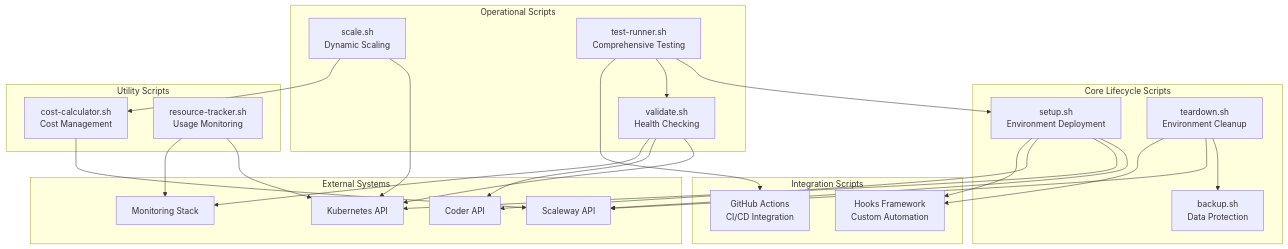
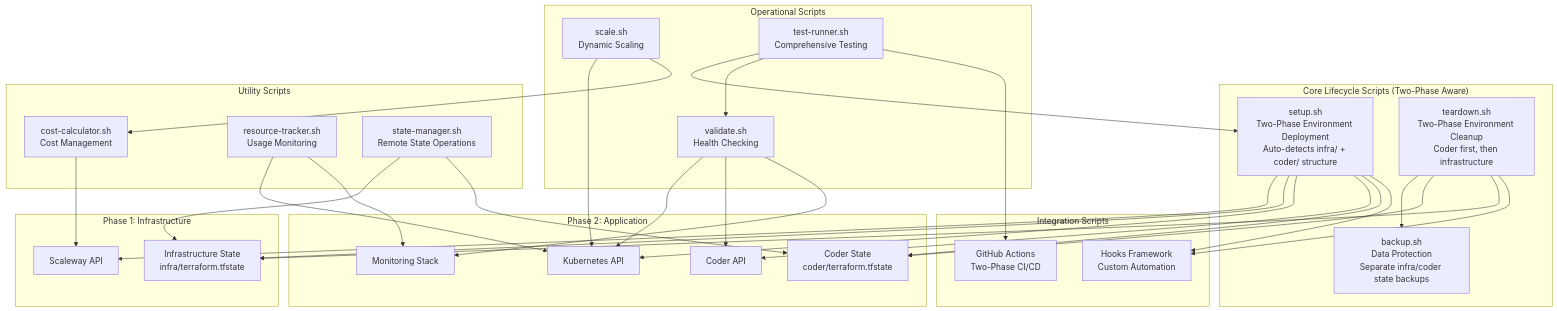
Before and after one commit to pacphi/bootstrap-coder-on-scaleway: diagram 20 of 23 in docs/ARCHITECTURE.md, drawn with Mermaid. The commit also changed other lines of this file and 42 other files, not shown here.

Commit message:
(feat) Major overhaul of environments, scripts, and Github Action workflows - two-phase deployment architecture - includes documentation updates

````diff
--- a/docs/ARCHITECTURE.md
+++ b/docs/ARCHITECTURE.md
@@ -868,55 +961,66 @@
 ```mermaid
 graph TB
-    subgraph "Core Lifecycle Scripts"
-        Setup[setup.sh<br/>Environment Deployment]
-        Teardown[teardown.sh<br/>Environment Cleanup]
-        Backup[backup.sh<br/>Data Protection]
+    subgraph "Core Lifecycle Scripts (Two-Phase Aware)"
+        Setup[setup.sh<br/>Two-Phase Environment Deployment<br/>Auto-detects infra/ + coder/ structure]
+        Teardown[teardown.sh<br/>Two-Phase Environment Cleanup<br/>Coder first, then infrastructure]
+        Backup[backup.sh<br/>Data Protection<br/>Separate infra/coder state backups]
     end
 
     subgraph "Operational Scripts"
         Validate[validate.sh<br/>Health Checking]
         Scale[scale.sh<br/>Dynamic Scaling]
         TestRunner[test-runner.sh<br/>Comprehensive Testing]
     end
 
     subgraph "Utility Scripts"
         CostCalc[cost-calculator.sh<br/>Cost Management]
         ResourceTracker[resource-tracker.sh<br/>Usage Monitoring]
+        StateManager[state-manager.sh<br/>Remote State Operations]
     end
 
     subgraph "Integration Scripts"
         Hooks[Hooks Framework<br/>Custom Automation]
-        GitHub[GitHub Actions<br/>CI/CD Integration]
+        GitHub[GitHub Actions<br/>Two-Phase CI/CD]
     end
 
-    subgraph "External Systems"
+    subgraph "Phase 1: Infrastructure"
         Scaleway[Scaleway API]
+        InfraState[Infrastructure State<br/>infra/terraform.tfstate]
+    end
+
+    subgraph "Phase 2: Application"
         Kubernetes[Kubernetes API]
         Coder[Coder API]
+        CoderState[Coder State<br/>coder/terraform.tfstate]
         Monitoring[Monitoring Stack]
     end
 
     Setup --> Scaleway
+    Setup --> InfraState
     Setup --> Kubernetes
     Setup --> Coder
+    Setup --> CoderState
     Setup --> Hooks
 
     Teardown --> Backup
-    Teardown --> Scaleway
+    Teardown --> CoderState
+    Teardown --> InfraState
     Teardown --> Hooks
 
     Validate --> Kubernetes
     Validate --> Coder
     Validate --> Monitoring
 
     Scale --> Kubernetes
     Scale --> CostCalc
 
     TestRunner --> Setup
     TestRunner --> Validate
     TestRunner --> GitHub
 
+    StateManager --> InfraState
+    StateManager --> CoderState
     CostCalc --> Scaleway
     ResourceTracker --> Kubernetes
     ResourceTracker --> Monitoring
 ```
````
